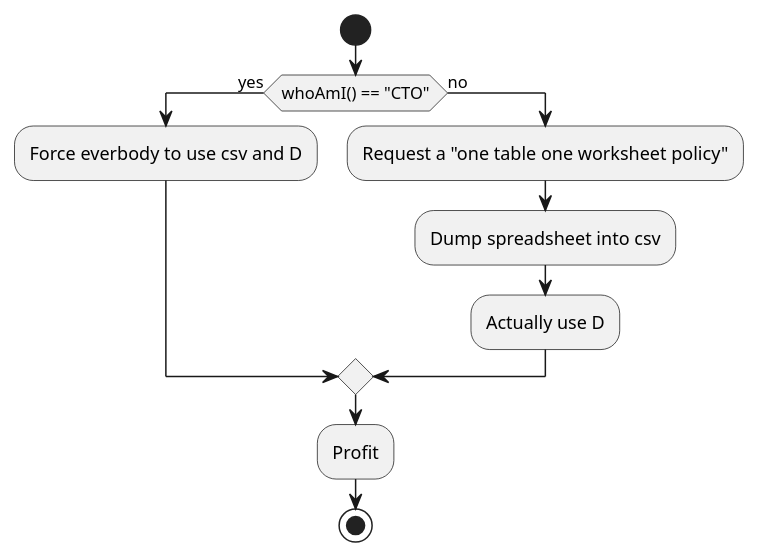
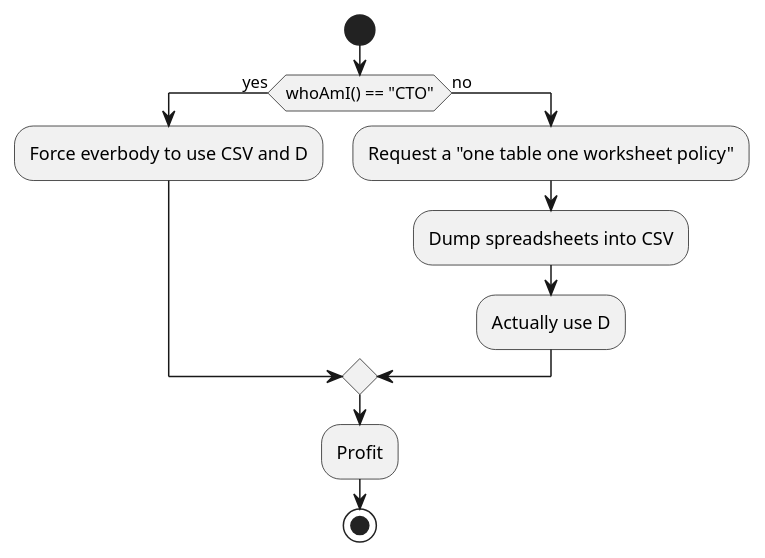
One commit to burner/allspreadsheetsmustdie changed the diagram in attackvectors.plantuml. Above: the diagram before and after it, drawn with PlantUML. The commit also changed 4 other files, not shown here.

```diff
--- a/attackvectors.plantuml
+++ b/attackvectors.plantuml
@@ -1,12 +1,12 @@
 @startuml
 start
 if(whoAmI() == "CTO") then (yes)
-	:Force everbody to use csv and D;
+	:Force everbody to use CSV and D;
 else (no)
 	:Request a "one table one worksheet policy";
-	:Dump spreadsheet into csv;
+	:Dump spreadsheets into CSV;
 	:Actually use D;
 endif
 :Profit;
 stop
 @enduml
```
